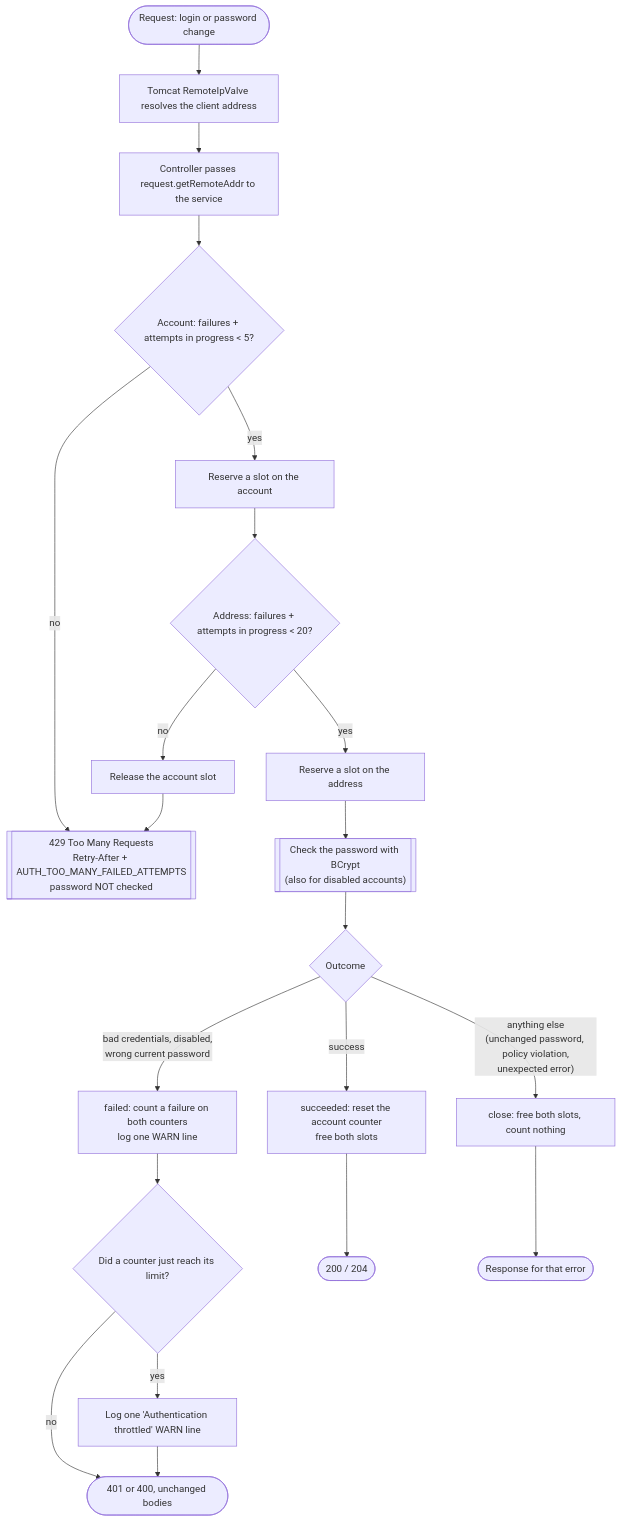
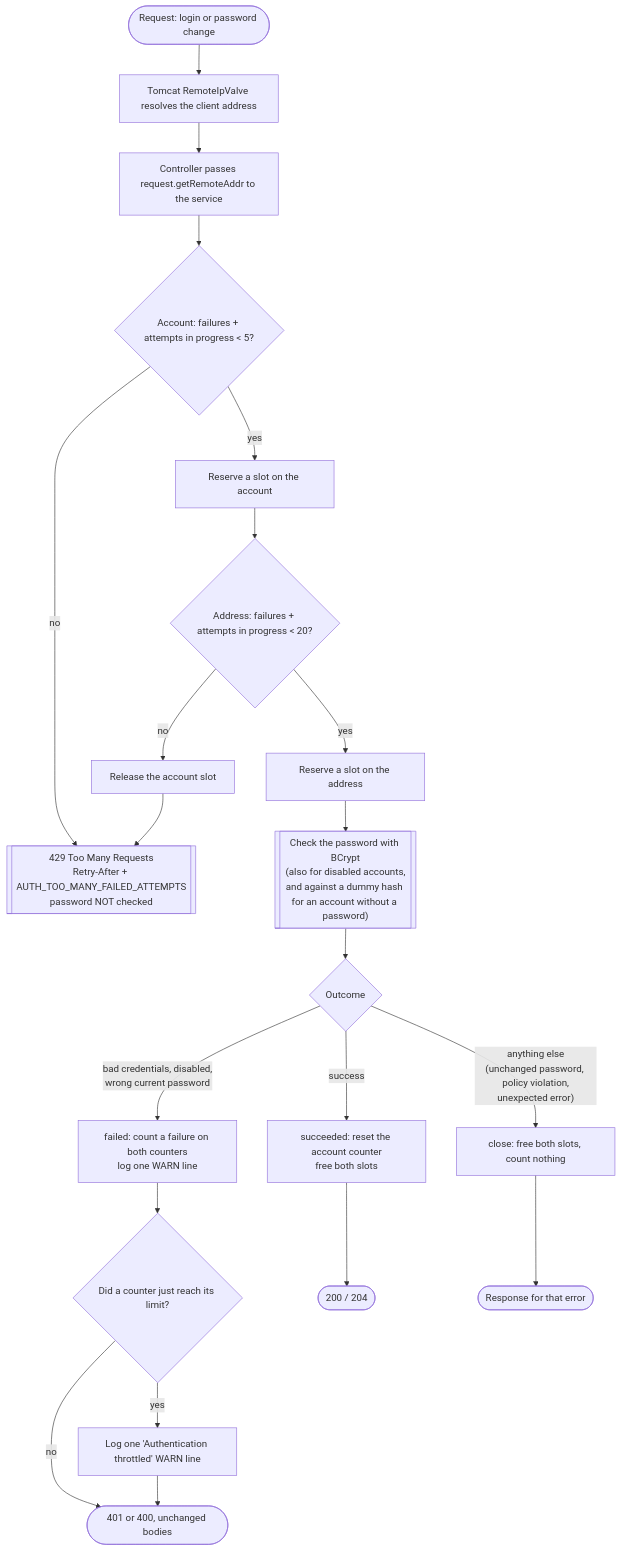
The first of 5 diagrams in docs/security/authentication-throttling.md (lucoenergia/conluz), drawn with Mermaid before and after one commit. The commit also changed other lines of this file and 4 other files, not shown here.

Commit message:
[conluz-389] Refuse a passwordless account at login like a wrong password

````diff
--- a/docs/security/authentication-throttling.md
+++ b/docs/security/authentication-throttling.md
@@ -56,20 +56,20 @@
 ```mermaid
 flowchart TD
     A([Request: login or password change]) --> B[Tomcat RemoteIpValve resolves the client address]
     B --> C[Controller passes request.getRemoteAddr to the service]
     C --> D{"Account: failures + attempts in progress < 5?"}
     D -- no --> R[["429 Too Many Requests<br/>Retry-After + AUTH_TOO_MANY_FAILED_ATTEMPTS<br/>password NOT checked"]]
     D -- yes --> E[Reserve a slot on the account]
     E --> F{"Address: failures + attempts in progress < 20?"}
     F -- no --> G[Release the account slot] --> R
     F -- yes --> H[Reserve a slot on the address]
-    H --> I[["Check the password with BCrypt<br/>(also for disabled accounts)"]]
+    H --> I[["Check the password with BCrypt<br/>(also for disabled accounts,<br/>and against a dummy hash for an account without a password)"]]
     I --> J{Outcome}
     J -- "bad credentials, disabled,<br/>wrong current password" --> K[failed: count a failure on both counters<br/>log one WARN line]
     K --> L{Did a counter just reach its limit?}
     L -- yes --> M[Log one 'Authentication throttled' WARN line]
     L -- no --> N
     M --> N([401 or 400, unchanged bodies])
     J -- success --> O[succeeded: reset the account counter<br/>free both slots] --> P([200 / 204])
     J -- "anything else<br/>(unchanged password, policy violation,<br/>unexpected error)" --> Q[close: free both slots, count nothing] --> S([Response for that error])
 ```
````
